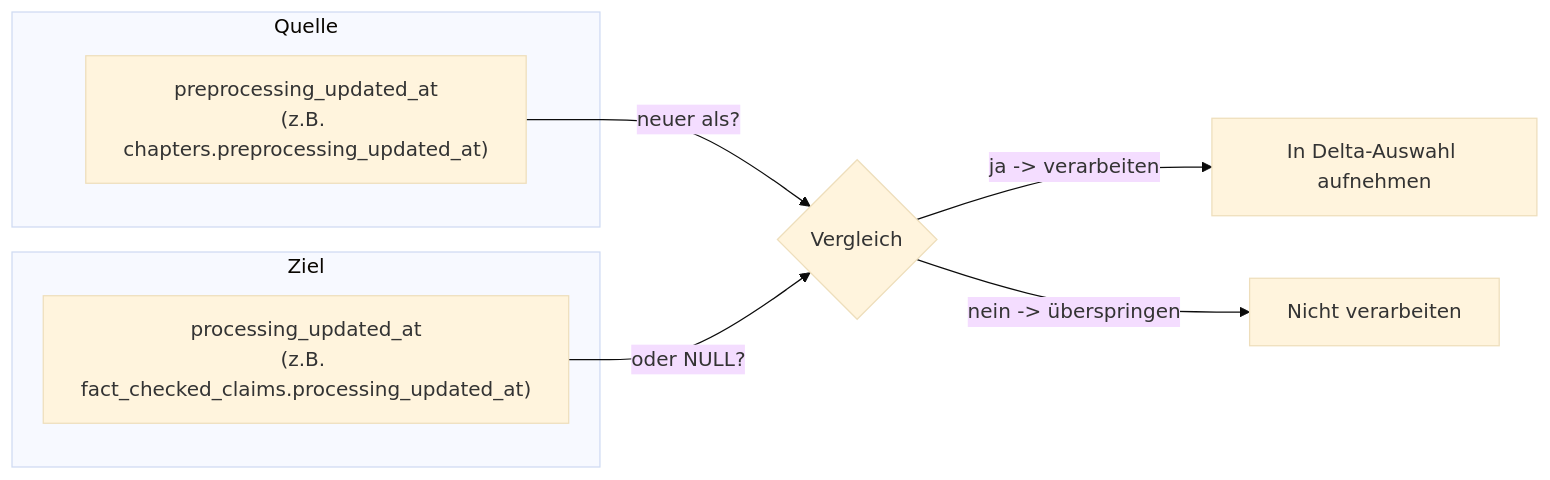
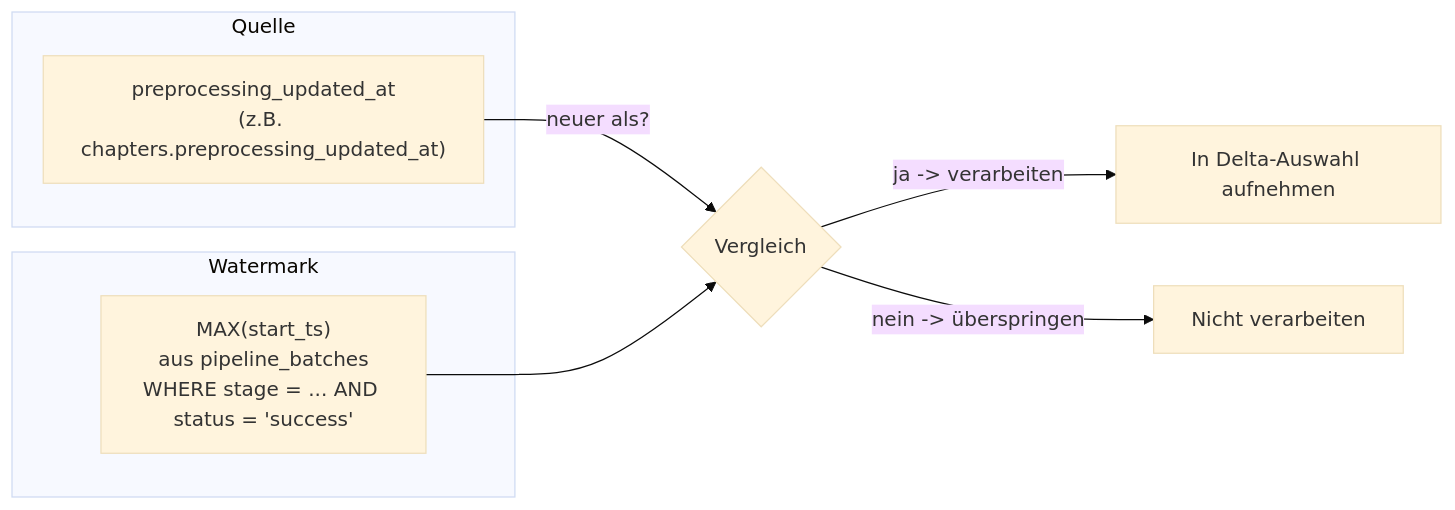
The first of 3 diagrams in docs/silver_enriched/02_load_strategy.md (Tilmanzzz/media-lens), drawn with Mermaid (base theme) before and after one commit. The commit also changed other lines of this file and 15 other files, not shown here.

Commit message:
stand: updated docs, multithreading im pipeline runner und im fact checker, robust and generic loading  strategy

````diff
--- a/docs/silver_enriched/02_load_strategy.md
+++ b/docs/silver_enriched/02_load_strategy.md
@@ -28,13 +28,13 @@
 ```mermaid
 flowchart LR
     subgraph Quelle
         P["preprocessing_updated_at<br/>(z.B. chapters.preprocessing_updated_at)"]
     end
-    subgraph Ziel
-        Z["processing_updated_at<br/>(z.B. fact_checked_claims.processing_updated_at)"]
+    subgraph Watermark
+        W["MAX(start_ts)<br/>aus pipeline_batches<br/>WHERE stage = ... AND status = 'success'"]
     end
     P -->|"neuer als?"| V{Vergleich}
-    Z -->|"oder NULL?"| V
+    W --> V
     V -->|"ja -> verarbeiten"| OUT[In Delta-Auswahl aufnehmen]
     V -->|"nein -> überspringen"| SKIP[Nicht verarbeiten]
 ```
````
